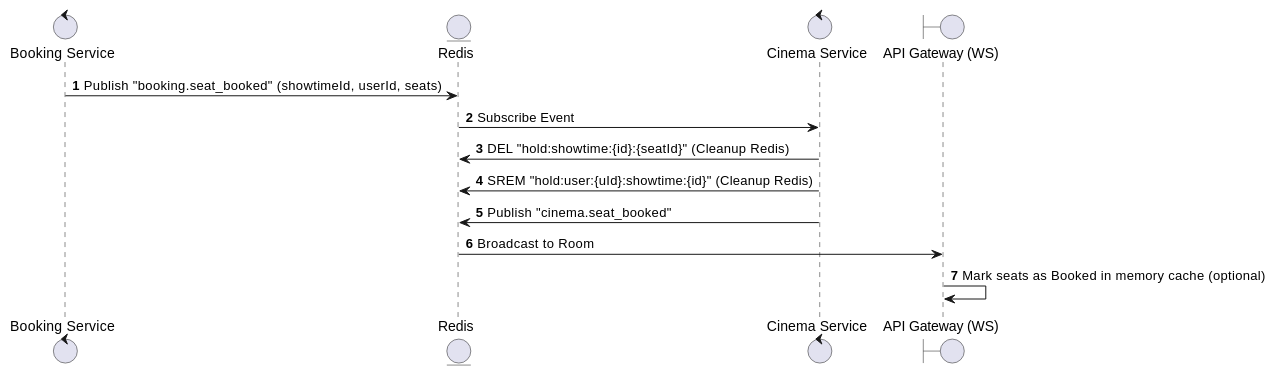
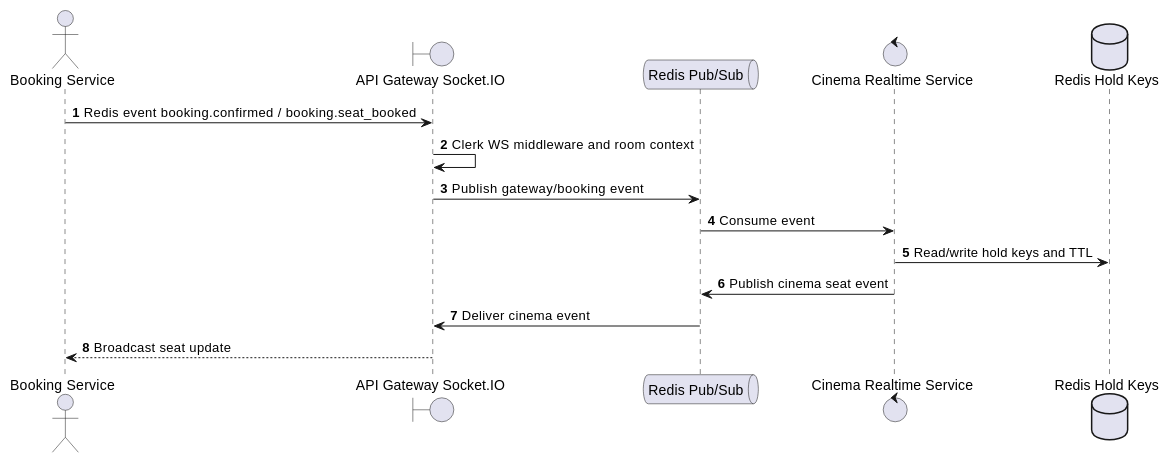
Before and after one commit to Tanh1603/movie-hub-architecture: the first of 2 diagrams in docs/functional_specs/3.5.3_Real-time_Seat_Selection/RT-03_Confirm_Seat_Booked.md, drawn with PlantUML. The commit also changed other lines of this file and 126 other files, not shown here.

````diff
--- a/docs/functional_specs/3.5.3_Real-time_Seat_Selection/RT-03_Confirm_Seat_Booked.md
+++ b/docs/functional_specs/3.5.3_Real-time_Seat_Selection/RT-03_Confirm_Seat_Booked.md
@@ -17,17 +17,19 @@
 ```plantuml
 @startuml
 autonumber
-control "Booking Service" as BS
-entity "Redis" as R
-control "Cinema Service" as CS
-boundary "API Gateway (WS)" as WS
+actor "Booking Service" as Actor
+boundary "API Gateway Socket.IO" as GW
+queue "Redis Pub/Sub" as Redis
+control "Cinema Realtime Service" as CRS
+database "Redis Hold Keys" as Hold
 
-BS -> R: Publish "booking.seat_booked" (showtimeId, userId, seats)
-R -> CS: Subscribe Event
-CS -> R: DEL "hold:showtime:{id}:{seatId}" (Cleanup Redis)
-CS -> R: SREM "hold:user:{uId}:showtime:{id}" (Cleanup Redis)
-CS -> R: Publish "cinema.seat_booked"
-R -> WS: Broadcast to Room
-WS -> WS: Mark seats as Booked in memory cache (optional)
+Actor -> GW: Redis event booking.confirmed / booking.seat_booked
+GW -> GW: Clerk WS middleware and room context
+GW -> Redis: Publish gateway/booking event
+Redis -> CRS: Consume event
+CRS -> Hold: Read/write hold keys and TTL
+CRS -> Redis: Publish cinema seat event
+Redis -> GW: Deliver cinema event
+GW --> Actor: Broadcast seat update
 @enduml
 ```
````
